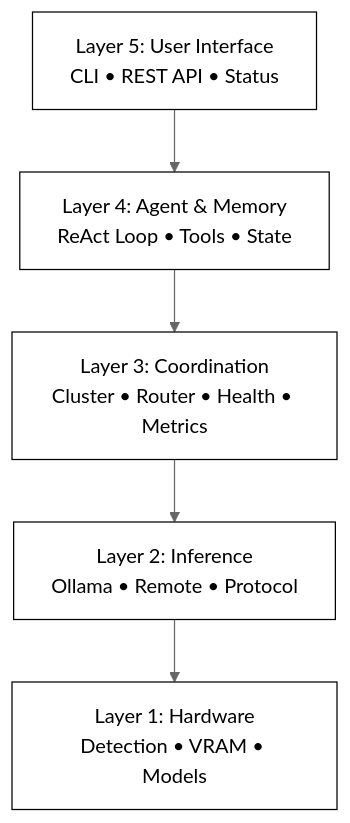
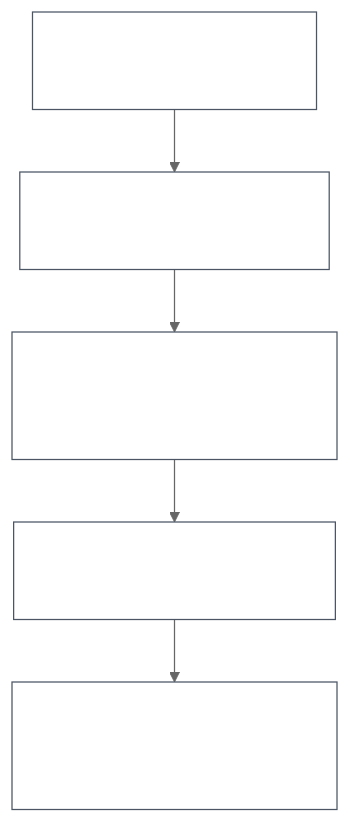
Before and after one commit to smallthinkingmachines/harombe: the diagram in ARCHITECTURE.md, drawn with Mermaid.

Commit message:
fix: Update system layers diagram colors for dark mode
Change Mermaid theme colors to be visible on dark backgrounds:
- Dark gray boxes (#1f2937) with white text
- Medium gray borders (#4b5563)
- Transparent backgrounds

Should now be visible on both light and dark GitHub themes.

````diff
--- a/ARCHITECTURE.md
+++ b/ARCHITECTURE.md
@@ -23,14 +23,14 @@
 ```mermaid
-%%{init: {'theme': 'base', 'themeVariables': {'primaryColor': '#ffffff', 'primaryTextColor': '#000000', 'primaryBorderColor': '#000000', 'lineColor': '#666666', 'secondaryColor': '#e8e8e8', 'tertiaryColor': '#f5f5f5', 'edgeLabelBackground': '#ffffff', 'clusterBkg': '#ffffff', 'clusterBorder': '#000000', 'mainBkg': 'transparent', 'background': 'transparent'}}}%%
+%%{init: {'theme': 'base', 'themeVariables': {'primaryColor': '#1f2937', 'primaryTextColor': '#ffffff', 'primaryBorderColor': '#4b5563', 'lineColor': '#666666', 'secondaryColor': '#374151', 'tertiaryColor': '#1f2937', 'edgeLabelBackground': 'transparent', 'clusterBkg': 'transparent', 'clusterBorder': '#4b5563', 'mainBkg': 'transparent', 'background': 'transparent', 'nodeBorder': '#4b5563', 'nodeTextColor': '#ffffff'}}}%%
 flowchart TB
     L5["Layer 5: User Interface<br/>CLI • REST API • Status"]
     L4["Layer 4: Agent & Memory<br/>ReAct Loop • Tools • State"]
     L3["Layer 3: Coordination<br/>Cluster • Router • Health • Metrics"]
     L2["Layer 2: Inference<br/>Ollama • Remote • Protocol"]
     L1["Layer 1: Hardware<br/>Detection • VRAM • Models"]
 
     L5 --> L4
     L4 --> L3
     L3 --> L2
     L2 --> L1
 ```
````
